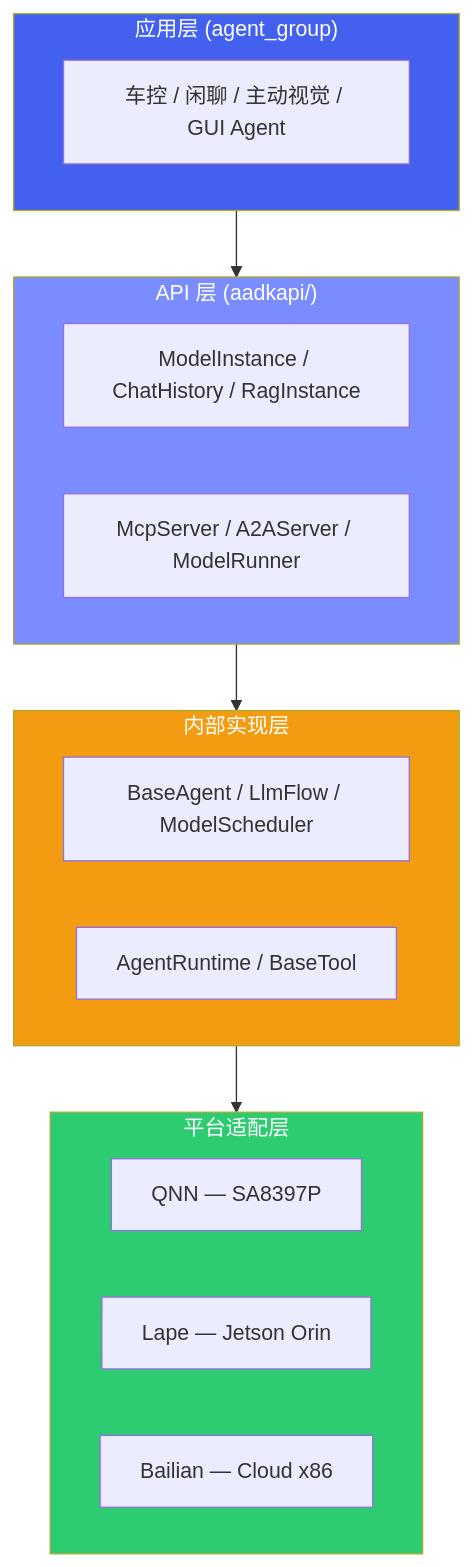
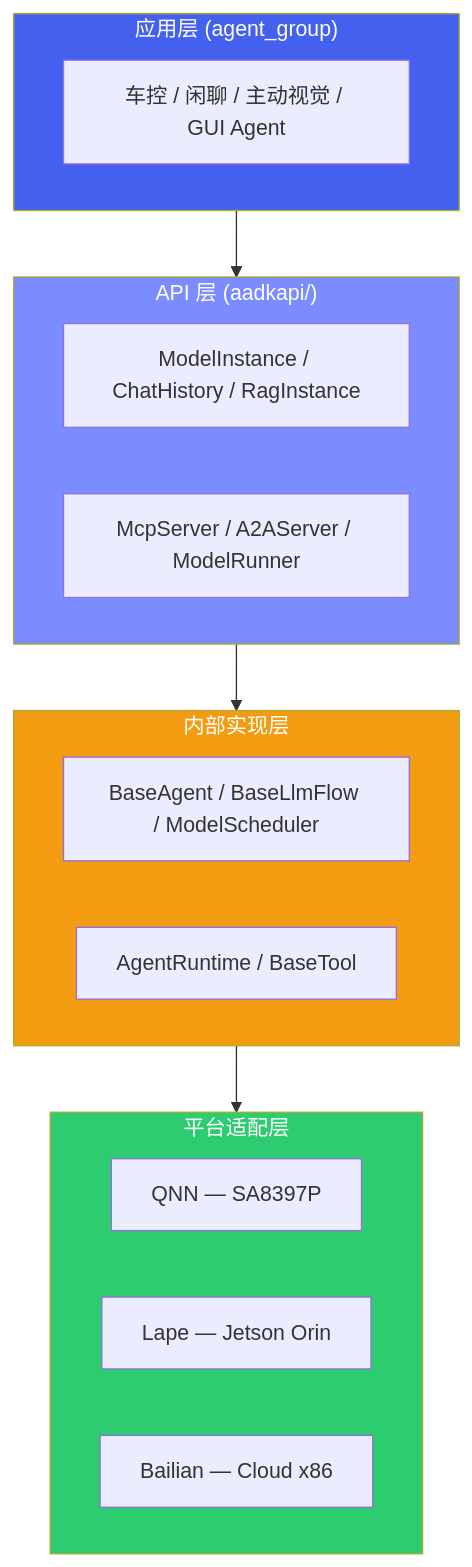
The first of 3 diagrams in cockpit/projects/agent-framework/overview.md (ranpin/edge-ai-docs), drawn with Mermaid before and after one commit. The commit also changed other lines of this file and 12 other files, not shown here.

````diff
--- a/cockpit/projects/agent-framework/overview.md
+++ b/cockpit/projects/agent-framework/overview.md
@@ -39,31 +39,31 @@
 ```mermaid
 graph TD
     subgraph APP["应用层 (agent_group)"]
         A1["车控 / 闲聊 / 主动视觉 / GUI Agent"]
     end
 
     subgraph API["API 层 (aadkapi/)"]
         B1["ModelInstance / ChatHistory / RagInstance"]
         B2["McpServer / A2AServer / ModelRunner"]
     end
 
     subgraph CORE["内部实现层"]
-        C1["BaseAgent / LlmFlow / ModelScheduler"]
+        C1["BaseAgent / BaseLlmFlow / ModelScheduler"]
         C2["AgentRuntime / BaseTool"]
     end
 
     subgraph PLATFORM["平台适配层"]
         D1["QNN — SA8397P"]
         D2["Lape — Jetson Orin"]
         D3["Bailian — Cloud x86"]
     end
 
     APP --> API
     API --> CORE
     CORE --> PLATFORM
 
     style APP fill:#4361ee,color:#fff
     style API fill:#7b8cff,color:#fff
     style CORE fill:#f39c12,color:#fff
     style PLATFORM fill:#2ecc71,color:#fff
 ```
````
